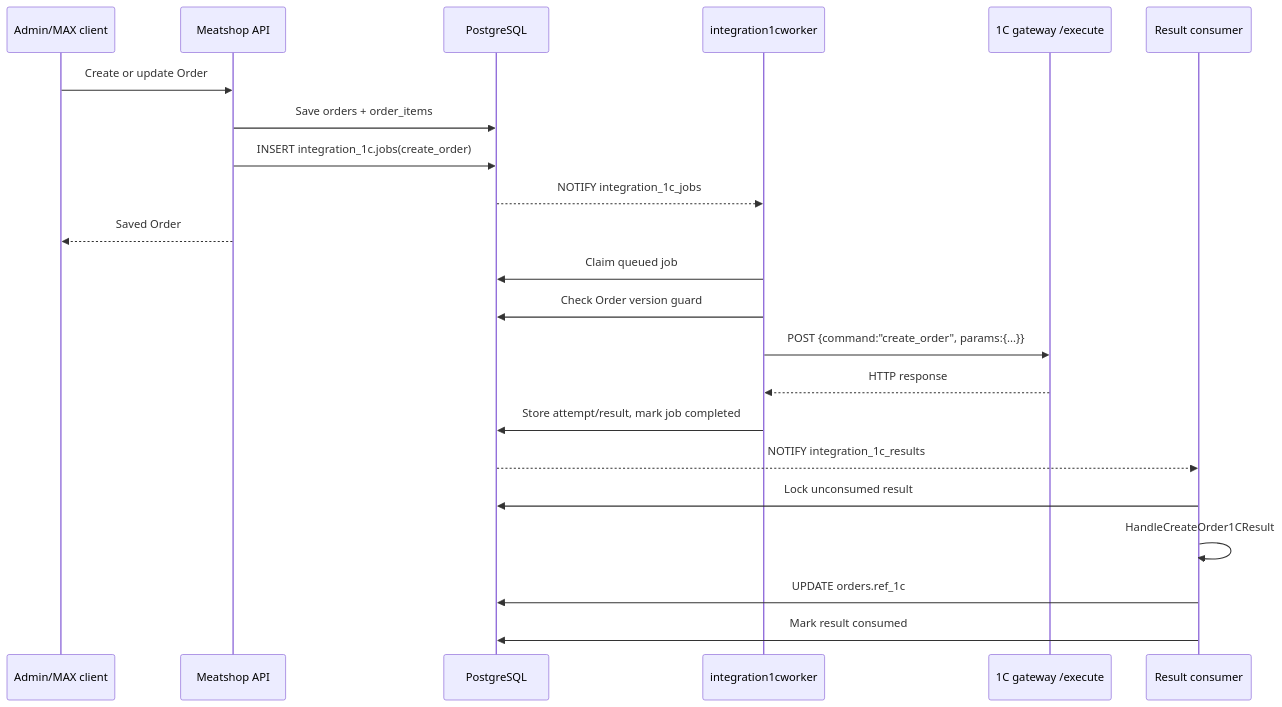
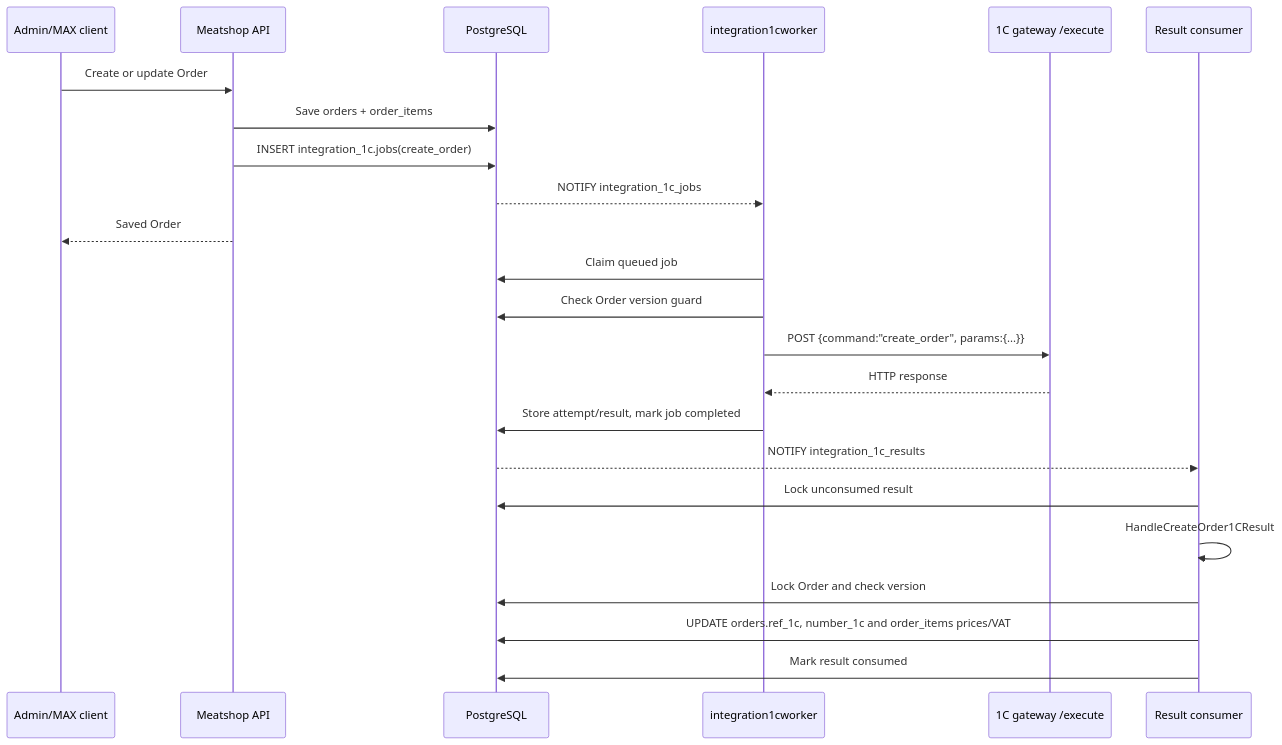
The diagram in docs/order-1c-creation.md (dronm/meatshop-srv), drawn with Mermaid before and after one commit. The commit also changed other lines of this file and 40 other files, not shown here.

Commit message:
feat: 1. price, amount, vat_amount to order items. 2. Order item lines collection

````diff
--- a/docs/order-1c-creation.md
+++ b/docs/order-1c-creation.md
@@ -18,27 +21,28 @@
 ```mermaid
 sequenceDiagram
     participant GUI as Admin/MAX client
     participant API as Meatshop API
     participant DB as PostgreSQL
     participant W as integration1cworker
     participant G as 1C gateway /execute
     participant RC as Result consumer
 
     GUI->>API: Create or update Order
     API->>DB: Save orders + order_items
     API->>DB: INSERT integration_1c.jobs(create_order)
     DB-->>W: NOTIFY integration_1c_jobs
     API-->>GUI: Saved Order
 
     W->>DB: Claim queued job
     W->>DB: Check Order version guard
     W->>G: POST {command:"create_order", params:{...}}
     G-->>W: HTTP response
     W->>DB: Store attempt/result, mark job completed
     DB-->>RC: NOTIFY integration_1c_results
 
     RC->>DB: Lock unconsumed result
     RC->>RC: HandleCreateOrder1CResult
-    RC->>DB: UPDATE orders.ref_1c
+    RC->>DB: Lock Order and check version
+    RC->>DB: UPDATE orders.ref_1c, number_1c and order_items prices/VAT
     RC->>DB: Mark result consumed
 ```
````
